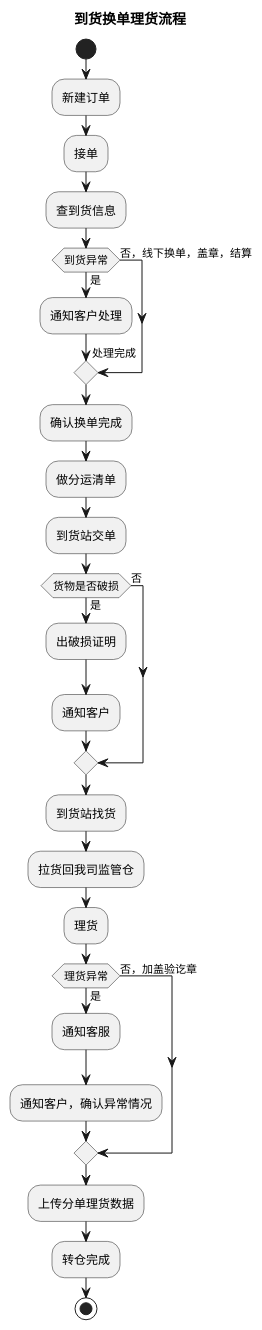
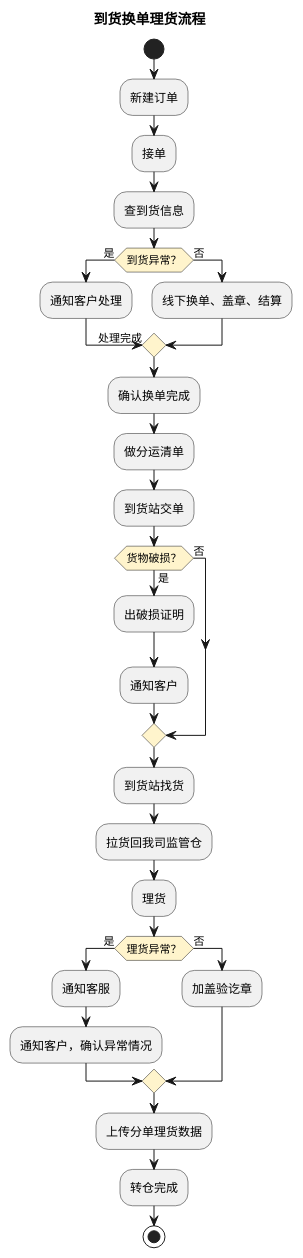
The fifth of 11 diagrams in product-caliber/goldjet/segmented-prd/mainflow/PRD.高捷物流系统一期.主流程.03.普货进出口关务详细流程.md (jack888332/projects-doc), drawn with PlantUML before and after one commit. The commit also changed other lines of this file and 20 other files, not shown here.

Commit message:
优化流程表对应的DLS图

````diff
--- a/product-caliber/goldjet/segmented-prd/mainflow/PRD.高捷物流系统一期.主流程.03.普货进出口关务详细流程.md
+++ b/product-caliber/goldjet/segmented-prd/mainflow/PRD.高捷物流系统一期.主流程.03.普货进出口关务详细流程.md
@@ -121,33 +130,36 @@
 ```plantuml
 @startuml
+skinparam activityDiamondBackgroundColor #FFF4CC
 title 到货换单理货流程
 start
 :新建订单;
 :接单;
 :查到货信息;
-if (到货异常) then (是)
+if (到货异常？) then (是)
   :通知客户处理;
   -> 处理完成;
-else (否，线下换单，盖章，结算)
+else (否)
+  :线下换单、盖章、结算;
 endif
 :确认换单完成;
 :做分运清单;
 :到货站交单;
-if (货物是否破损) then (是)
+if (货物破损？) then (是)
   :出破损证明;
   :通知客户;
 else (否)
 endif
 :到货站找货;
 :拉货回我司监管仓;
 :理货;
-if (理货异常) then (是)
+if (理货异常？) then (是)
   :通知客服;
   :通知客户，确认异常情况;
-else (否，加盖验讫章)
+else (否)
+  :加盖验讫章;
 endif
 :上传分单理货数据;
 :转仓完成;
 stop
 @enduml
 ```
````
